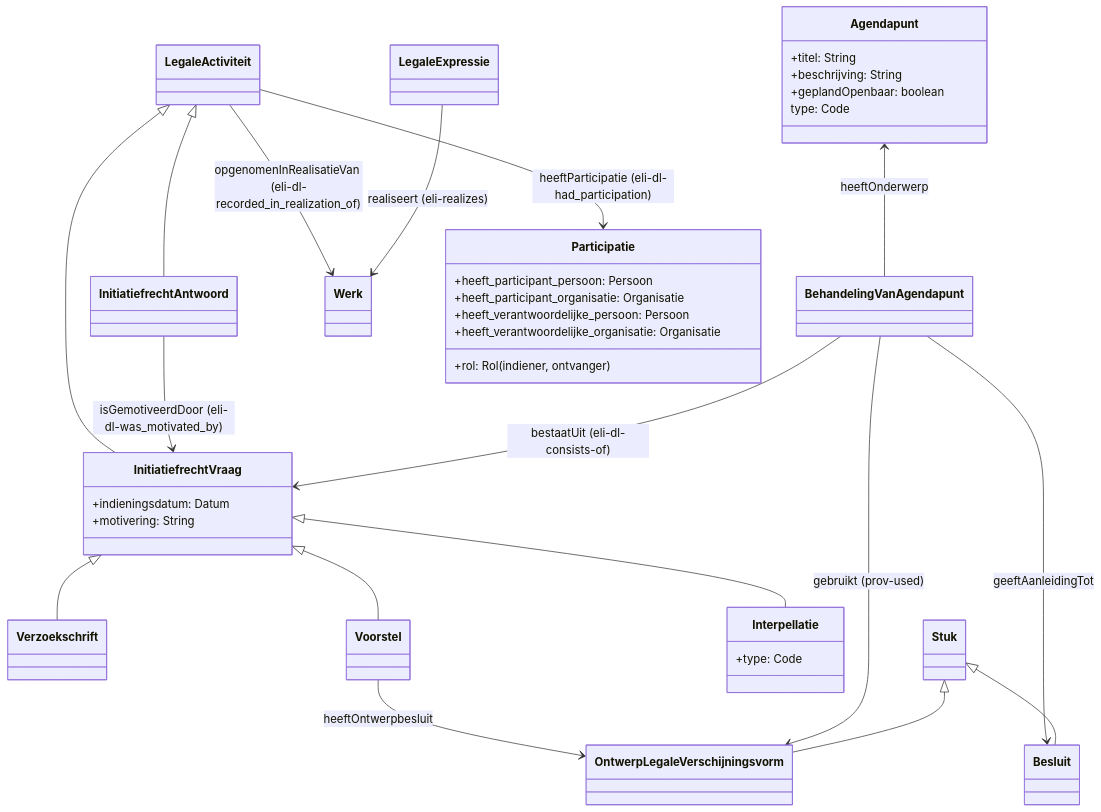
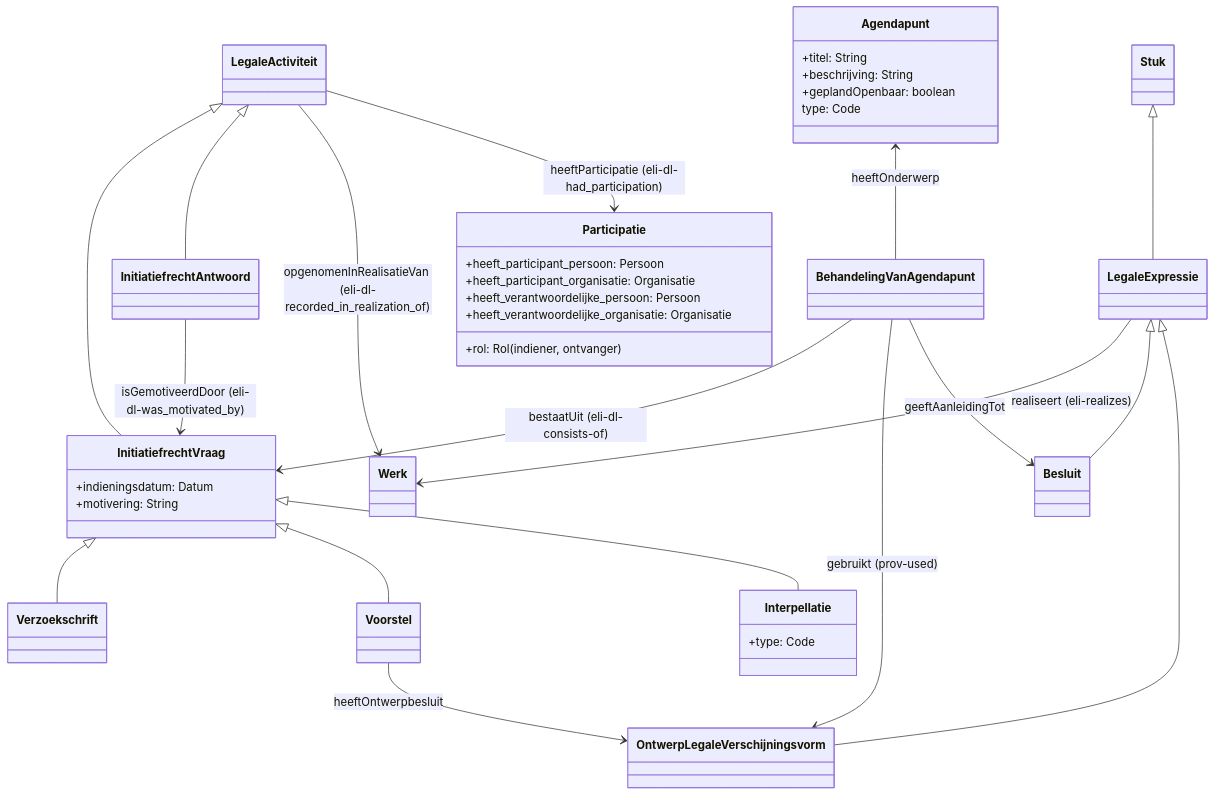
One commit to Informatievlaanderen/OSLOthema-slimmeRaadpleegOmgeving changed the tenth of 10 diagrams in README.md. Above: the diagram before and after it, drawn with Mermaid.

````diff
--- a/README.md
+++ b/README.md
@@ -358,44 +358,45 @@
 ```mermaid
 classDiagram
     Agendapunt <-- BehandelingVanAgendapunt: heeftOnderwerp
     LegaleActiviteit <|-- InitiatiefrechtVraag
     LegaleActiviteit <|-- InitiatiefrechtAntwoord
     InitiatiefrechtAntwoord --> InitiatiefrechtVraag : isGemotiveerdDoor (eli-dl-was_motivated_by)
     BehandelingVanAgendapunt --> InitiatiefrechtVraag: bestaatUit (eli-dl-consists-of)
     InitiatiefrechtVraag <|-- Verzoekschrift
     InitiatiefrechtVraag <|-- Voorstel
     InitiatiefrechtVraag <|-- Interpellatie
 
     LegaleActiviteit --> Werk: opgenomenInRealisatieVan (eli-dl-recorded_in_realization_of)
     LegaleExpressie --> Werk: realiseert (eli-realizes)
- 
+    
     Voorstel --> OntwerpLegaleVerschijningsvorm: heeftOntwerpbesluit
     LegaleActiviteit --> Participatie: heeftParticipatie (eli-dl-had_participation)
     BehandelingVanAgendapunt --> OntwerpLegaleVerschijningsvorm: gebruikt (prov-used)
     BehandelingVanAgendapunt --> Besluit: geeftAanleidingTot
-    Stuk <|-- Besluit
-    Stuk <|-- OntwerpLegaleVerschijningsvorm
+    Stuk <|-- LegaleExpressie
+    LegaleExpressie <|-- Besluit 
+    LegaleExpressie <|-- OntwerpLegaleVerschijningsvorm
 
     class Agendapunt {
       +titel: String
       +beschrijving: String
       +geplandOpenbaar: boolean
       type: Code
     }
     class InitiatiefrechtVraag {
       +indieningsdatum: Datum
       +motivering: String
     }
     class Participatie {
       +heeft_participant_persoon: Persoon
       +heeft_participant_organisatie: Organisatie
       +rol: Rol (indiener, ontvanger)
       +heeft_verantwoordelijke_persoon: Persoon
      +heeft_verantwoordelijke_organisatie: Organisatie
     }
 
     class Interpellatie {
       +type: Code
     }
   
 ```
````
